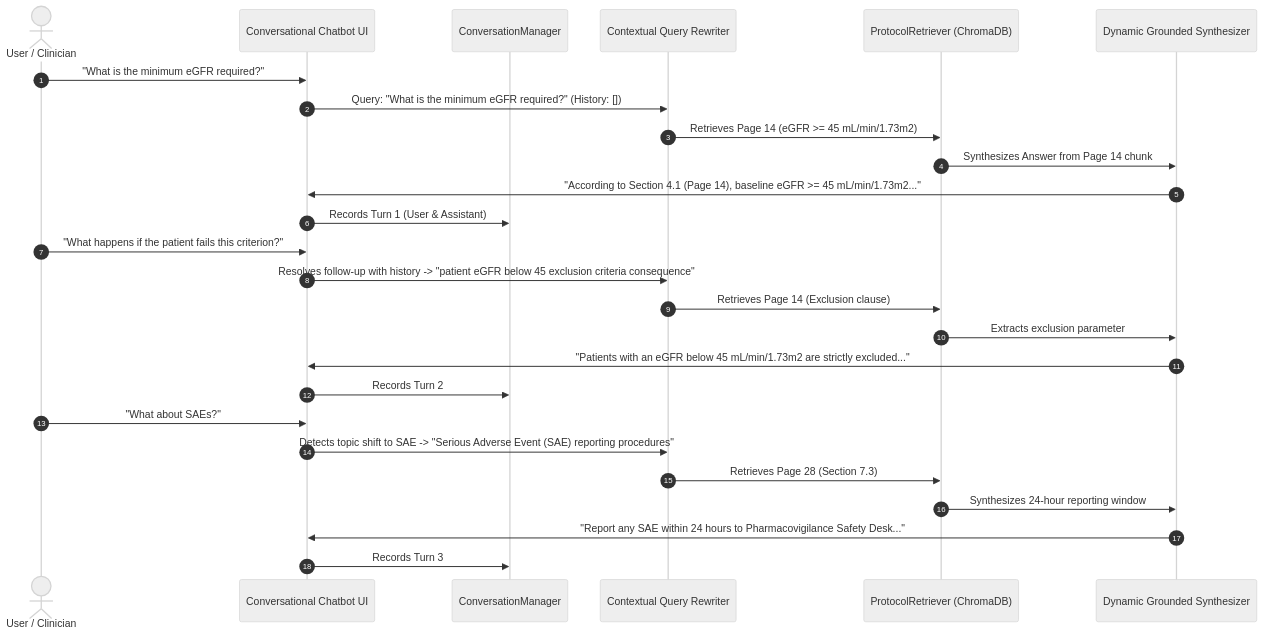
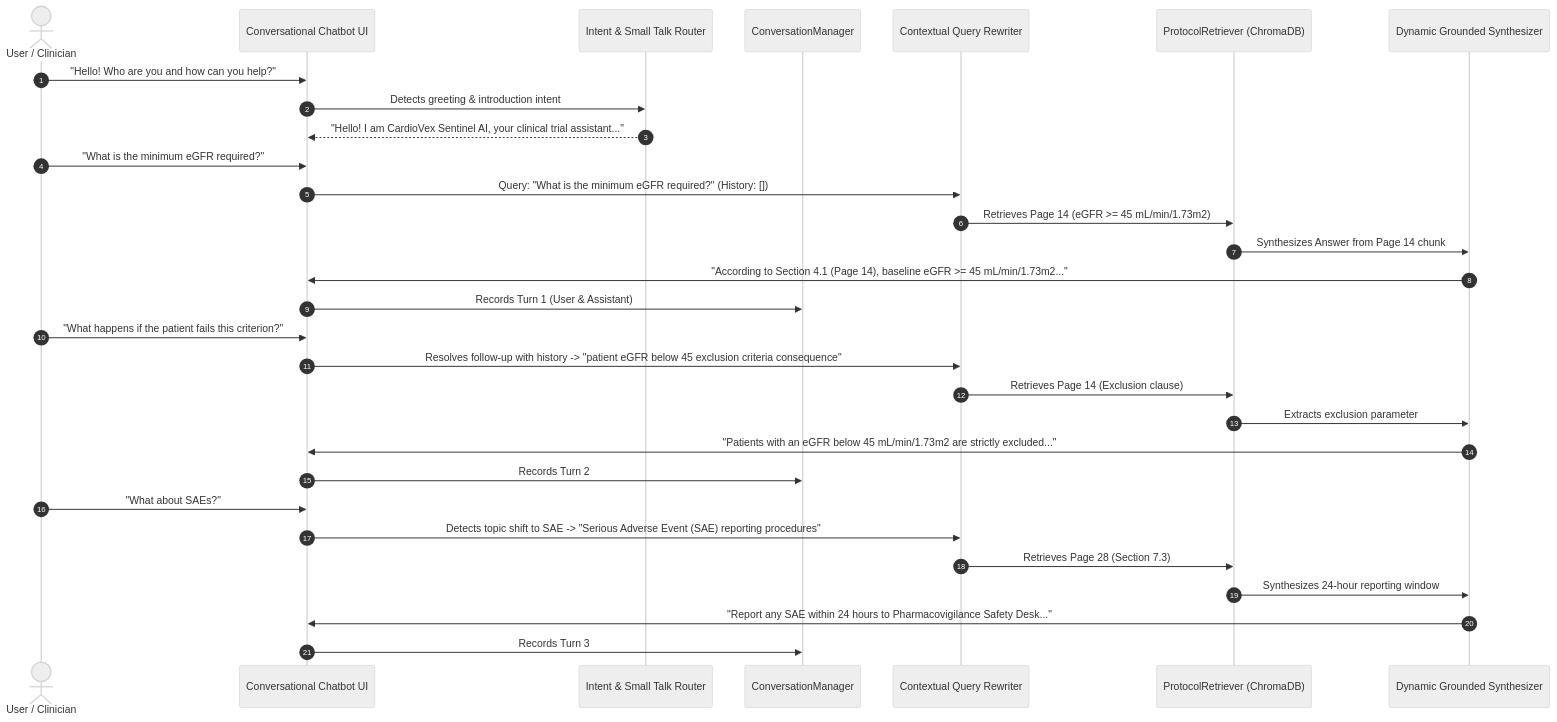
One commit to ubermensch177/cardio-vex-sentinnel changed the second of 2 diagrams in README.md. Above: the diagram before and after it, drawn with Mermaid (neutral theme). The commit also changed other lines of this file and 6 other files, not shown here.

Commit message:
Update README with full architecture, benchmark results, human small-talk docs, and repository links

````diff
--- a/README.md
+++ b/README.md
@@ -46,31 +54,36 @@
 ```mermaid
 sequenceDiagram
     autonumber
     actor Clinician as User / Clinician
     participant Chat as Conversational Chatbot UI
+    participant Router as Intent & Small Talk Router
     participant CM as ConversationManager
     participant Rewriter as Contextual Query Rewriter
     participant Ret as ProtocolRetriever (ChromaDB)
     participant Synth as Dynamic Grounded Synthesizer
+
+    Clinician->>Chat: "Hello! Who are you and how can you help?"
+    Chat->>Router: Detects greeting & introduction intent
+    Router-->>Chat: "Hello! I am CardioVex Sentinel AI, your clinical trial assistant..."
 
     Clinician->>Chat: "What is the minimum eGFR required?"
     Chat->>Rewriter: Query: "What is the minimum eGFR required?" (History: [])
     Rewriter->>Ret: Retrieves Page 14 (eGFR >= 45 mL/min/1.73m2)
     Ret->>Synth: Synthesizes Answer from Page 14 chunk
     Synth->>Chat: "According to Section 4.1 (Page 14), baseline eGFR >= 45 mL/min/1.73m2..."
     Chat->>CM: Records Turn 1 (User & Assistant)
 
     Clinician->>Chat: "What happens if the patient fails this criterion?"
     Chat->>Rewriter: Resolves follow-up with history -> "patient eGFR below 45 exclusion criteria consequence"
     Rewriter->>Ret: Retrieves Page 14 (Exclusion clause)
     Ret->>Synth: Extracts exclusion parameter
     Synth->>Chat: "Patients with an eGFR below 45 mL/min/1.73m2 are strictly excluded..."
     Chat->>CM: Records Turn 2
 
     Clinician->>Chat: "What about SAEs?"
     Chat->>Rewriter: Detects topic shift to SAE -> "Serious Adverse Event (SAE) reporting procedures"
     Rewriter->>Ret: Retrieves Page 28 (Section 7.3)
     Ret->>Synth: Synthesizes 24-hour reporting window
     Synth->>Chat: "Report any SAE within 24 hours to Pharmacovigilance Safety Desk..."
     Chat->>CM: Records Turn 3
 ```
````
